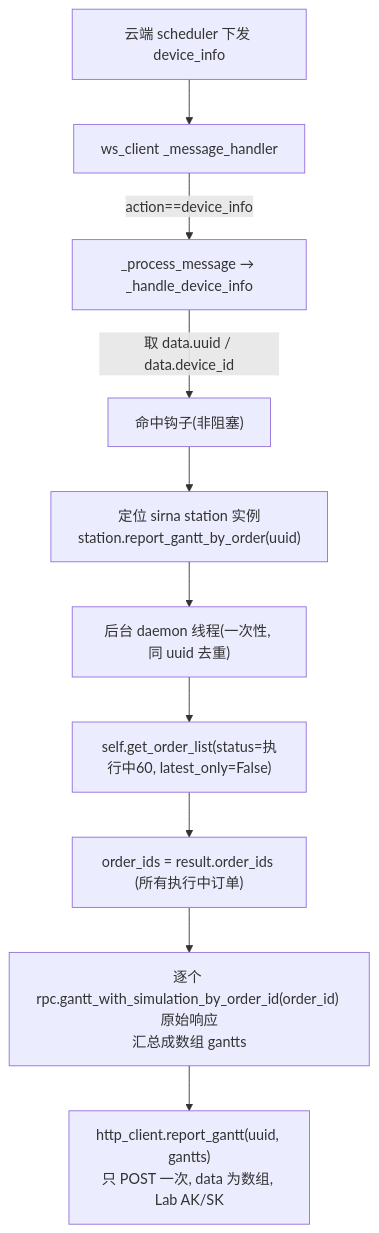
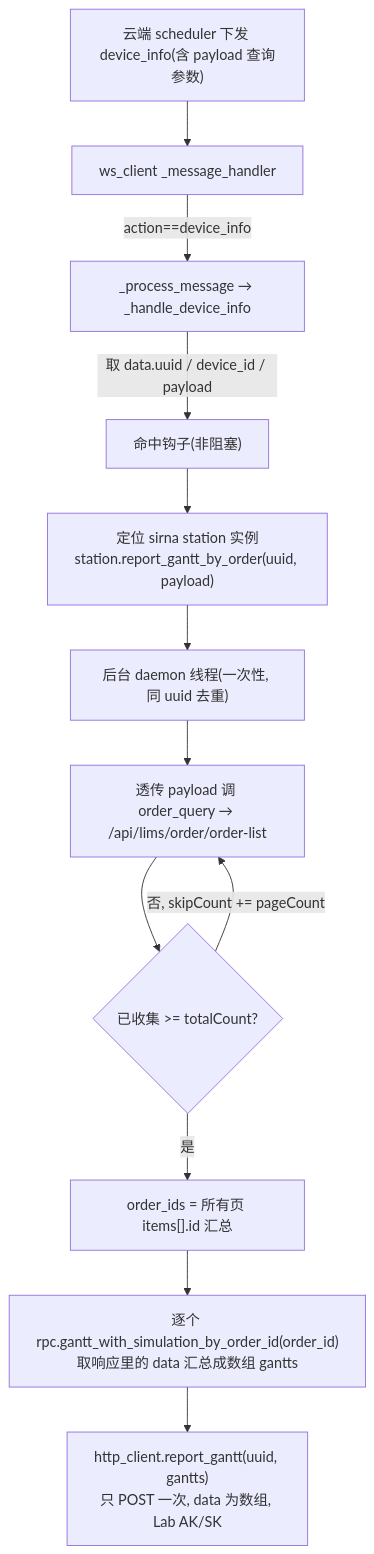
Before and after one commit to Xuwznln/Uni-Lab-OS-Doc: the diagram in plan/甘特图回传节点_6e5ec4ab.plan.md, drawn with Mermaid. The commit also changed other lines of this file and 4 other files, not shown here.

Commit message:
修改甘特图调用

````diff
--- a/plan/甘特图回传节点_6e5ec4ab.plan.md
+++ b/plan/甘特图回传节点_6e5ec4ab.plan.md
@@ -50,12 +71,14 @@
 ```mermaid
 flowchart TD
-    SCH["云端 scheduler 下发 device_info"] --> RECV["ws_client _message_handler"]
+    SCH["云端 scheduler 下发 device_info(含 payload 查询参数)"] --> RECV["ws_client _message_handler"]
     RECV -->|"action==device_info"| DISP["_process_message → _handle_device_info"]
-    DISP -->|"取 data.uuid / data.device_id"| HOOK["命中钩子(非阻塞)"]
-    HOOK --> DEV["定位 sirna station 实例<br/>station.report_gantt_by_order(uuid)"]
+    DISP -->|"取 data.uuid / device_id / payload"| HOOK["命中钩子(非阻塞)"]
+    HOOK --> DEV["定位 sirna station 实例<br/>station.report_gantt_by_order(uuid, payload)"]
     DEV --> TH["后台 daemon 线程(一次性, 同 uuid 去重)"]
-    TH --> QL["self.get_order_list(status=执行中60, latest_only=False)"]
-    QL --> OID["order_ids = result.order_ids (所有执行中订单)"]
-    OID --> RPC["逐个 rpc.gantt_with_simulation_by_order_id(order_id) 原始响应<br/>汇总成数组 gantts"]
+    TH --> QL["透传 payload 调 order_query → /api/lims/order/order-list"]
+    QL --> PAGE{"已收集 >= totalCount?"}
+    PAGE -->|"否, skipCount += pageCount"| QL
+    PAGE -->|"是"| OID["order_ids = 所有页 items[].id 汇总"]
+    OID --> RPC["逐个 rpc.gantt_with_simulation_by_order_id(order_id)<br/>取响应里的 data 汇总成数组 gantts"]
     RPC --> POST["http_client.report_gantt(uuid, gantts)<br/>只 POST 一次, data 为数组, Lab AK/SK"]
 ```
````
